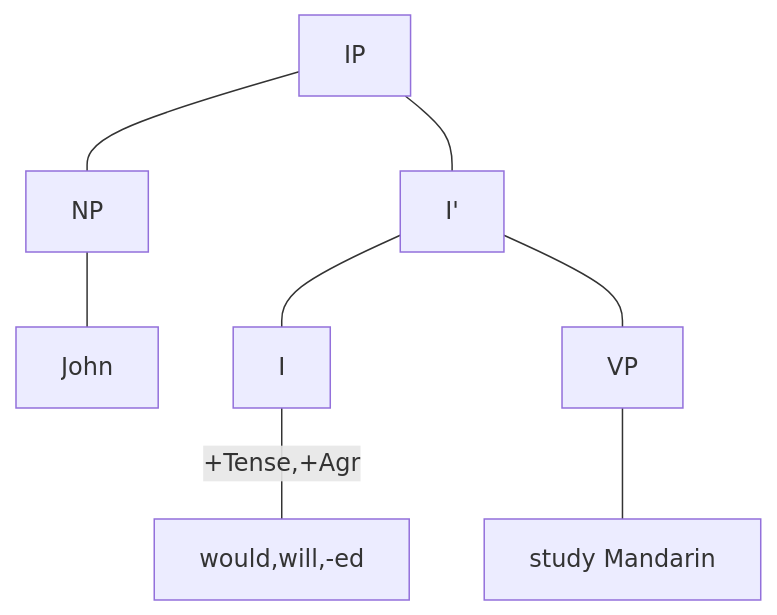
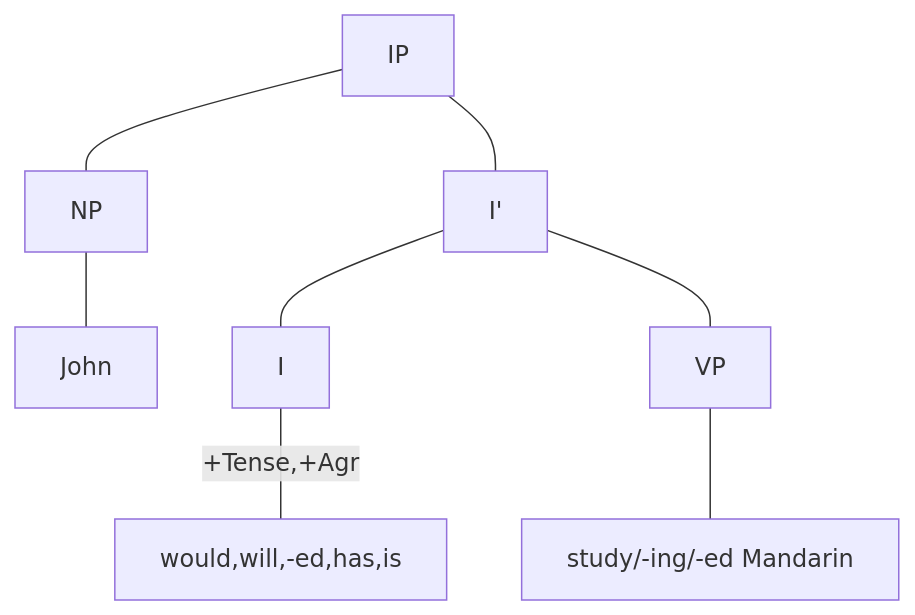
One commit to licheng0573/RosettaStone changed the first of 3 diagrams in 论文笔记.md. Above: the diagram before and after it, drawn with Mermaid. The commit also changed other lines of this file, not shown here.

````diff
--- a/论文笔记.md
+++ b/论文笔记.md
@@ -4,11 +4,11 @@
 ```mermaid
 graph TD
 A[IP] --- B1[NP]
 A --- B2[I']
 B1 --- E1[John]
 B2 --- D1[I]
 B2 --- D2[VP]
-D1 --+Tense,+Agr--- E2[would,will,-ed]
-D2 --- E3[study Mandarin]
+D1 --+Tense,+Agr--- E2[would,will,-ed,has,is]
+D2 --- E3[study/-ing/-ed Mandarin]
 
 ```
````
